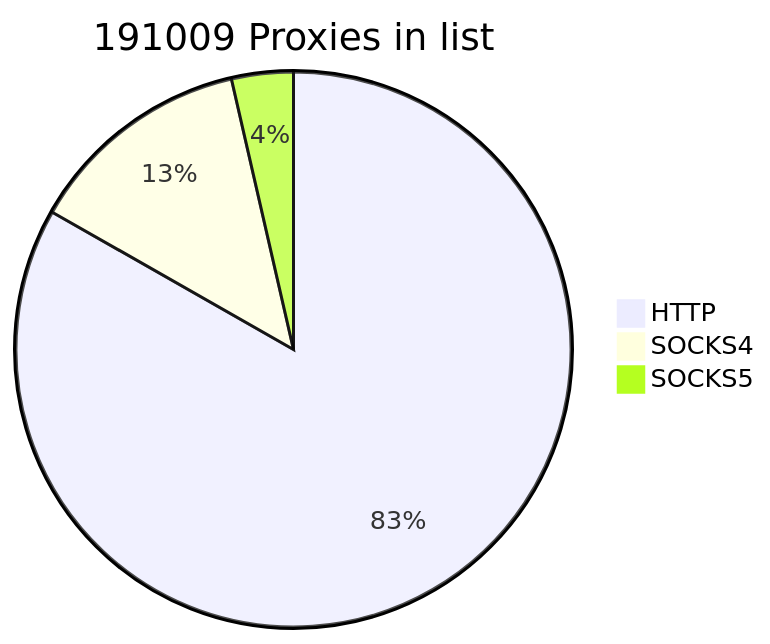
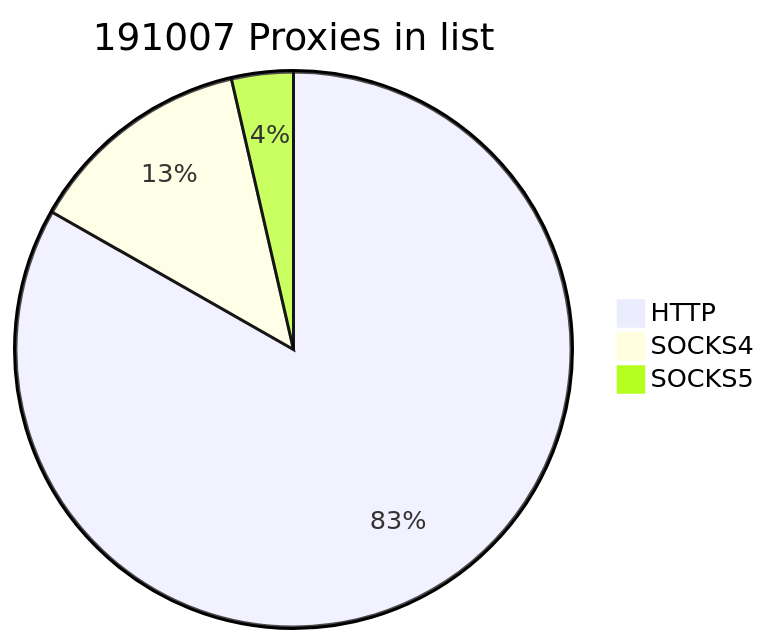
One commit to cutipu/proxylist changed the first of 2 diagrams in README.md. Above: the diagram before and after it, drawn with Mermaid. The commit also changed other lines of this file, not shown here.

````diff
--- a/README.md
+++ b/README.md
@@ -2,7 +2,7 @@
 ```mermaid
-pie title 191009 Proxies in list
+pie title 191007 Proxies in list
     "HTTP" : 158990
-    "SOCKS4" : 25163
+    "SOCKS4" : 25161
     "SOCKS5" : 6856
             
 ```
````
